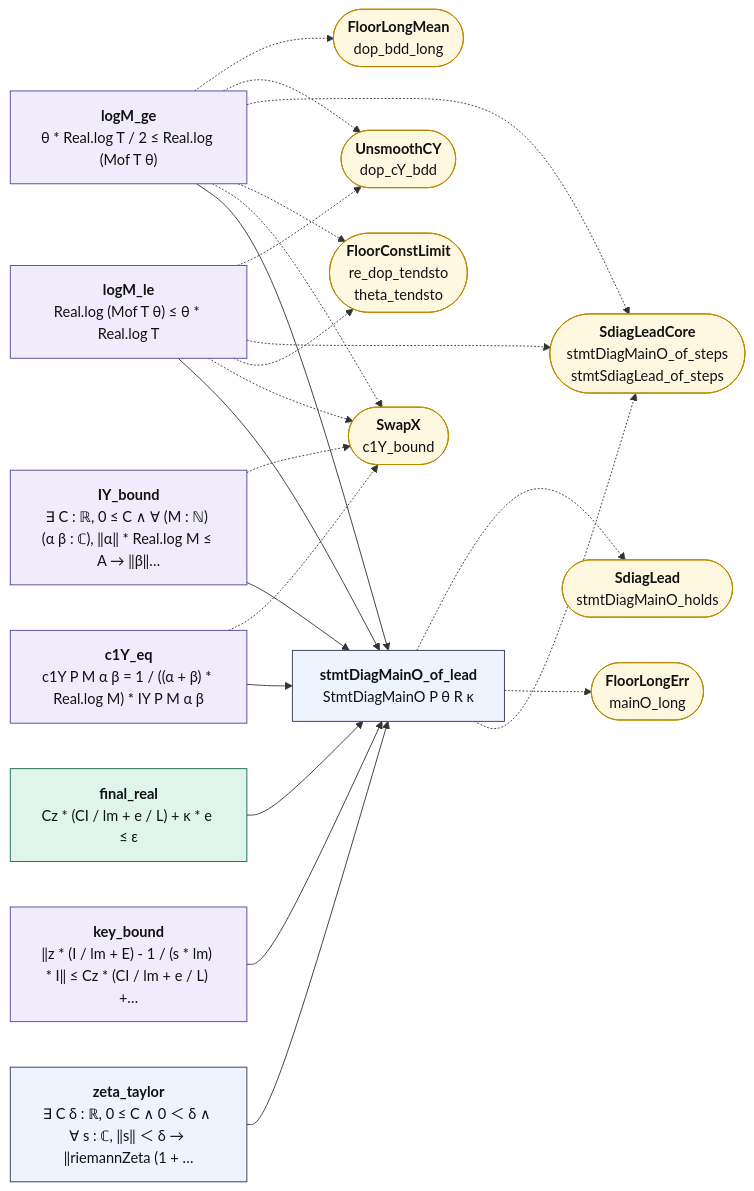
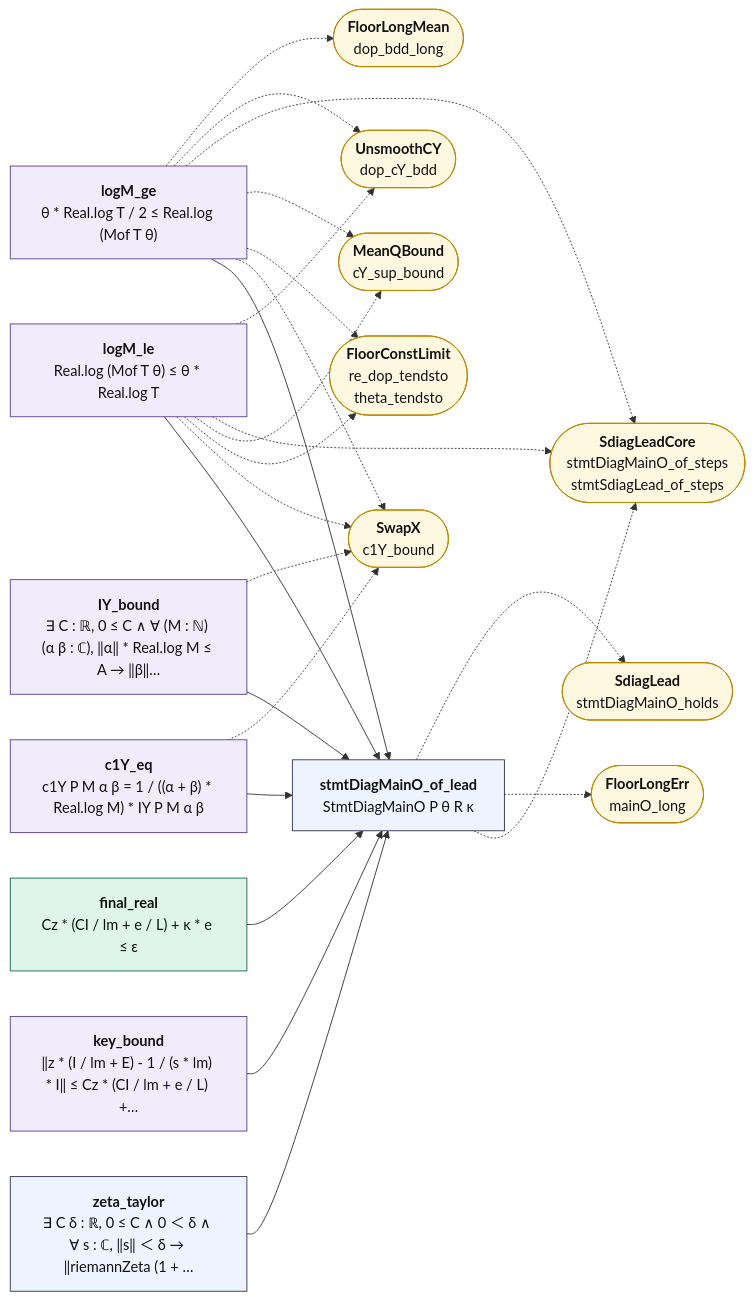
The diagram in map/lean_stage3/DiagMain.md (juliansambranojr/Primebeat_081426), drawn with Mermaid before and after one commit. The commit also changed other lines of this file and 46 other files, not shown here.

````diff
--- a/map/lean_stage3/DiagMain.md
+++ b/map/lean_stage3/DiagMain.md
@@ -14,47 +14,50 @@
 ```mermaid
 flowchart LR
   n0["<b>c1Y_eq</b><br/>c1Y P M α β = 1 / ((α + β) * Real.log M) * IY P M α β"]:::shp
   n1["<b>IY_bound</b><br/>∃ C : ℝ, 0 ≤ C ∧ ∀ (M : ℕ) (α β : ℂ), ‖α‖ * Real.log M ≤ A → ‖β‖…"]:::shp
   n2["<b>zeta_taylor</b><br/>∃ C δ : ℝ, 0 ≤ C ∧ 0 ＜ δ ∧ ∀ s : ℂ, ‖s‖ ＜ δ → ‖riemannZeta (1 + …"]:::thm
   n3["<b>logM_le</b><br/>Real.log (Mof T θ) ≤ θ * Real.log T"]:::shp
   n4["<b>logM_ge</b><br/>θ * Real.log T / 2 ≤ Real.log (Mof T θ)"]:::shp
   n5["<b>key_bound</b><br/>‖z * (I / lm + E) - 1 / (s * lm) * I‖ ≤ Cz * (CI / lm + e / L) +…"]:::shp
   n6["<b>final_real</b><br/>Cz * (CI / lm + e / L) + κ * e ≤ ε"]:::cnt
   n7["<b>stmtDiagMainO_of_lead</b><br/>StmtDiagMainO P θ R κ"]:::thm
   x0(["<b>SwapX</b><br/>c1Y_bound"]):::ext
   x1(["<b>FloorConstLimit</b><br/>re_dop_tendsto<br/>theta_tendsto"]):::ext
-  x2(["<b>SdiagLeadCore</b><br/>stmtDiagMainO_of_steps<br/>stmtSdiagLead_of_steps"]):::ext
-  x3(["<b>UnsmoothCY</b><br/>dop_cY_bdd"]):::ext
-  x4(["<b>FloorLongMean</b><br/>dop_bdd_long"]):::ext
-  x5(["<b>FloorLongErr</b><br/>mainO_long"]):::ext
-  x6(["<b>SdiagLead</b><br/>stmtDiagMainO_holds"]):::ext
+  x2(["<b>MeanQBound</b><br/>cY_sup_bound"]):::ext
+  x3(["<b>SdiagLeadCore</b><br/>stmtDiagMainO_of_steps<br/>stmtSdiagLead_of_steps"]):::ext
+  x4(["<b>UnsmoothCY</b><br/>dop_cY_bdd"]):::ext
+  x5(["<b>FloorLongMean</b><br/>dop_bdd_long"]):::ext
+  x6(["<b>FloorLongErr</b><br/>mainO_long"]):::ext
+  x7(["<b>SdiagLead</b><br/>stmtDiagMainO_holds"]):::ext
   n0 --> n7
   n1 --> n7
   n2 --> n7
   n3 --> n7
   n4 --> n7
   n5 --> n7
   n6 --> n7
   n0 -.-> x0
   n1 -.-> x0
   n3 -.-> x0
   n3 -.-> x1
   n3 -.-> x2
   n3 -.-> x3
+  n3 -.-> x4
   n4 -.-> x0
   n4 -.-> x1
   n4 -.-> x2
   n4 -.-> x3
   n4 -.-> x4
-  n7 -.-> x2
-  n7 -.-> x5
+  n4 -.-> x5
+  n7 -.-> x3
   n7 -.-> x6
+  n7 -.-> x7
   classDef cnt fill:#dff5ec,stroke:#17694a,color:#111
   classDef shp fill:#f1ecfb,stroke:#5b3fa0,color:#111
   classDef rh fill:#ffe5e5,stroke:#c22,color:#111,stroke-width:2px
   classDef thm fill:#eef4ff,stroke:#335,color:#111
   classDef end_ fill:#e7f7e7,stroke:#2a7,color:#111,stroke-width:2px
   classDef lone fill:#fff,stroke:#999,color:#111,stroke-dasharray:4 3
   classDef bad fill:#ffe5e5,stroke:#c22,color:#111,stroke-width:2px
   classDef ext fill:#fff8e1,stroke:#b80,color:#111
 ```
````
